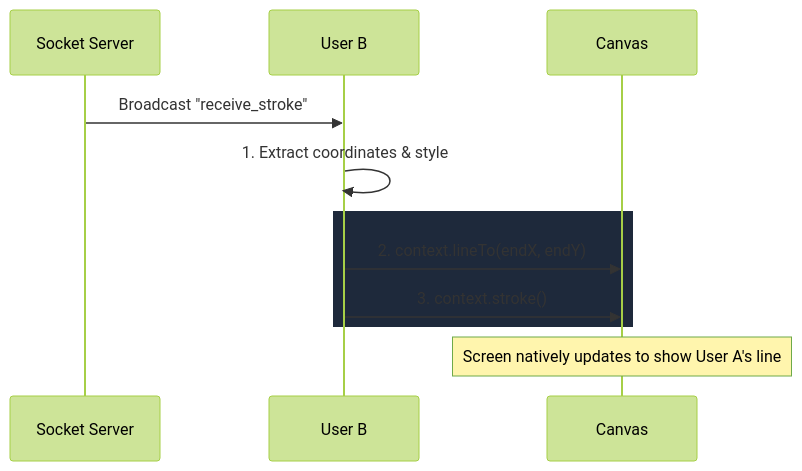
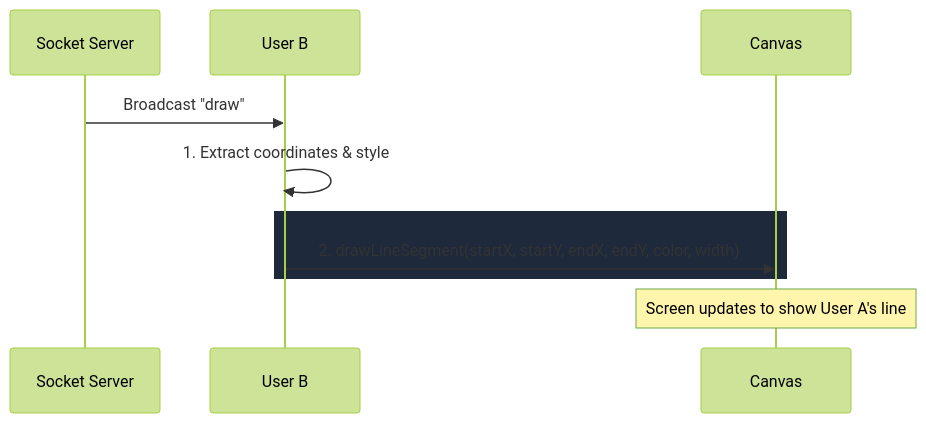
The third of 6 diagrams in docs/architecture_data_flow.md (prem22k/Online-Collaborative-Whiteboard), drawn with Mermaid (forest theme) before and after one commit. The commit also changed other lines of this file and 3 other files, not shown here.

````diff
--- a/docs/architecture_data_flow.md
+++ b/docs/architecture_data_flow.md
@@ -63,16 +63,15 @@
 ```mermaid
 sequenceDiagram
     participant S as Socket Server
     participant B as User B
     participant C as Canvas
 
-    S->>B: Broadcast "receive_stroke"
+    S->>B: Broadcast "draw"
     B->>B: 1. Extract coordinates & style
-    
+
     rect rgb(30, 41, 59)
-    B->>C: 2. context.lineTo(endX, endY)
-    B->>C: 3. context.stroke()
+    B->>C: 2. drawLineSegment(startX, startY, endX, endY, color, width)
     end
-    
-    Note over C: Screen natively updates to show User A's line
+
+    Note over C: Screen updates to show User A's line
 ```
````
